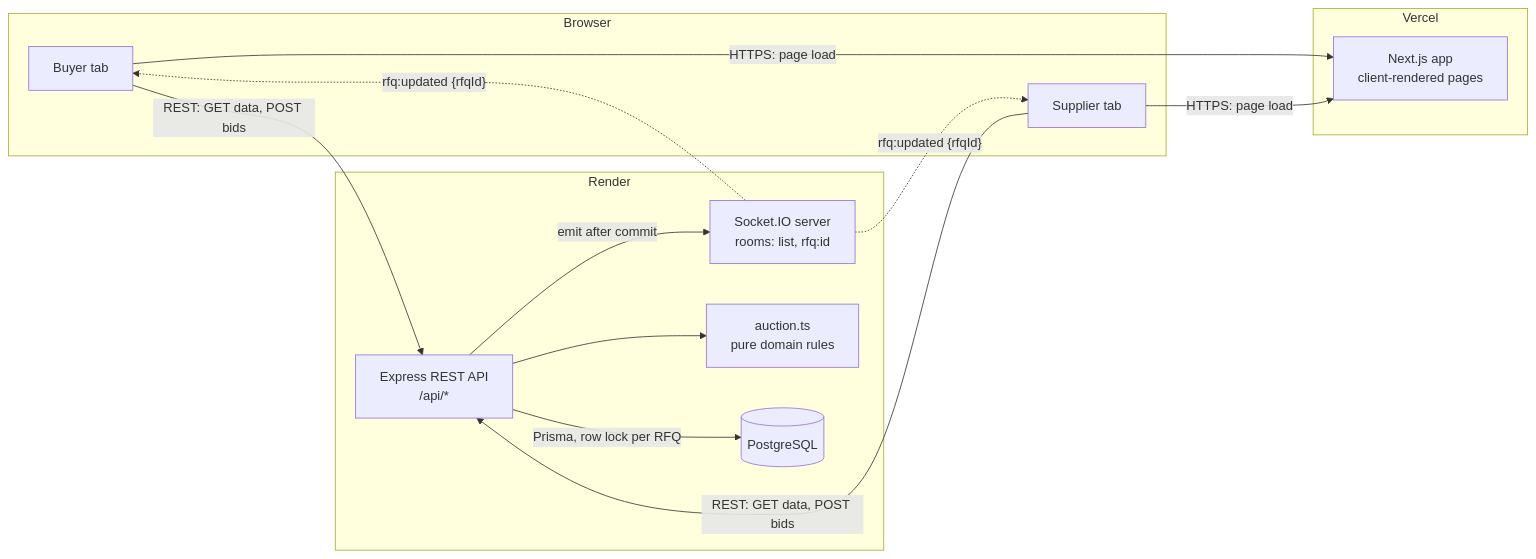
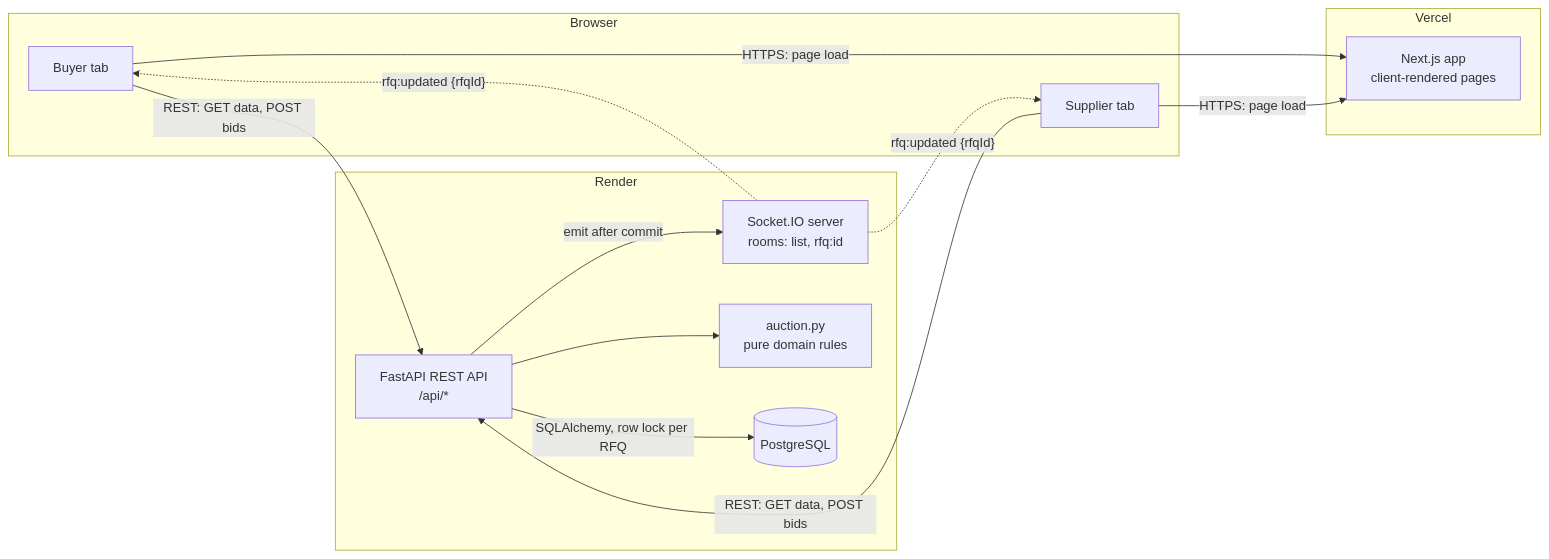
One commit to Ipsita-Mondal-30/british-auction changed the first of 2 diagrams in docs/HLD.md. Above: the diagram before and after it, drawn with Mermaid. The commit also changed other lines of this file and 33 other files, not shown here.

First line of the commit message:
refactor: migrate backend from Node/Express to Python/FastAPI

````diff
--- a/docs/HLD.md
+++ b/docs/HLD.md
@@ -9,25 +9,25 @@
 ```mermaid
 flowchart LR
     subgraph Browser
         B[Buyer tab]
         S[Supplier tab]
     end
 
     subgraph Vercel
         FE[Next.js app<br/>client-rendered pages]
     end
 
     subgraph Render
-        API[Express REST API<br/>/api/*]
+        API[FastAPI REST API<br/>/api/*]
         WS[Socket.IO server<br/>rooms: list, rfq:id]
-        DOM[auction.ts<br/>pure domain rules]
+        DOM[auction.py<br/>pure domain rules]
         DB[(PostgreSQL)]
     end
 
     B & S -- HTTPS: page load --> FE
     B & S -- REST: GET data, POST bids --> API
     WS -. "rfq:updated {rfqId}" .-> B & S
     API --> DOM
-    API -- Prisma, row lock per RFQ --> DB
+    API -- SQLAlchemy, row lock per RFQ --> DB
     API -- emit after commit --> WS
 ```
````
